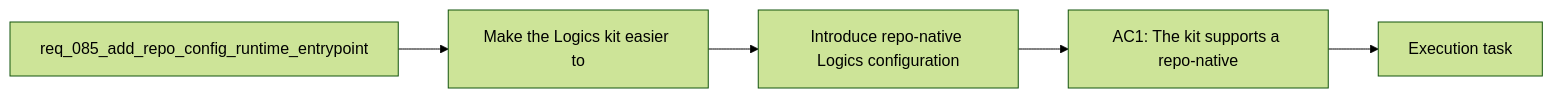
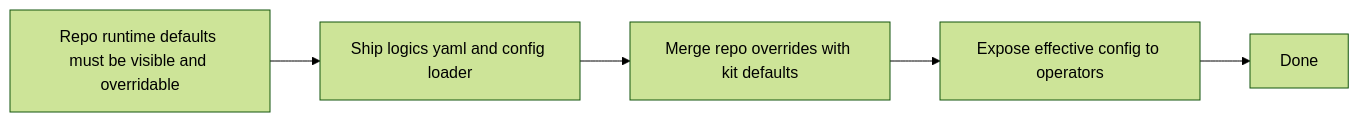
The diagram in logics/backlog/item_129_introduce_repo_native_logics_configuration_and_policy_resolution.md (AlexAgo83/logics-manager), drawn with Mermaid (forest theme) before and after one commit. The commit also changed other lines of this file and 7 other files, not shown here.

Commit message:
Finish req_085 runtime delivery and close task_097

````diff
--- a/logics/backlog/item_129_introduce_repo_native_logics_configuration_and_policy_resolution.md
+++ b/logics/backlog/item_129_introduce_repo_native_logics_configuration_and_policy_resolution.md
@@ -22,9 +25,9 @@
 ```mermaid
 %% logics-kind: backlog
-%% logics-signature: backlog|introduce-repo-native-logics-configurati|req-082-strengthen-logics-kit-primitives|make-the-logics-kit-easier-to|ac1-the-kit-supports-a-repo-native
+%% logics-signature: backlog|introduce-repo-native-logics-configurati|req-085-add-repo-config-runtime-entrypoi|the-kit-still-encoded-runtime-defaults|ac1-bootstrapping-the-kit-creates-a
 flowchart LR
-    Request[req_085_add_repo_config_runtime_entrypoint] --> Problem[Make the Logics kit easier to]
-    Problem --> Scope[Introduce repo-native Logics configuration]
-    Scope --> Acceptance[AC1: The kit supports a repo-native]
-    Acceptance --> Tasks[Execution task]
+    Need[Repo runtime defaults must be visible and overridable] --> Config[Ship logics yaml and config loader]
+    Config --> Loader[Merge repo overrides with kit defaults]
+    Loader --> Inspect[Expose effective config to operators]
+    Inspect --> Done[Done]
 ```
````
